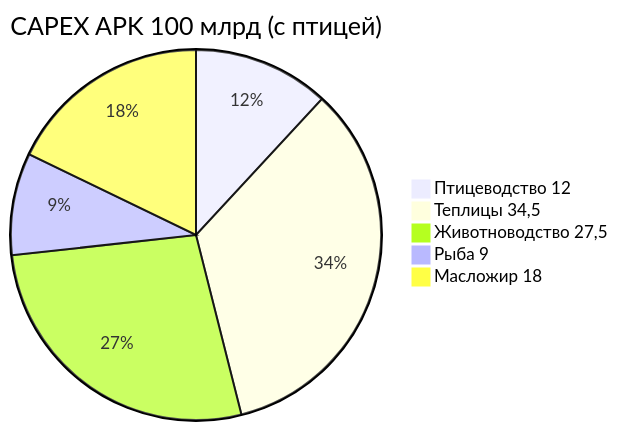
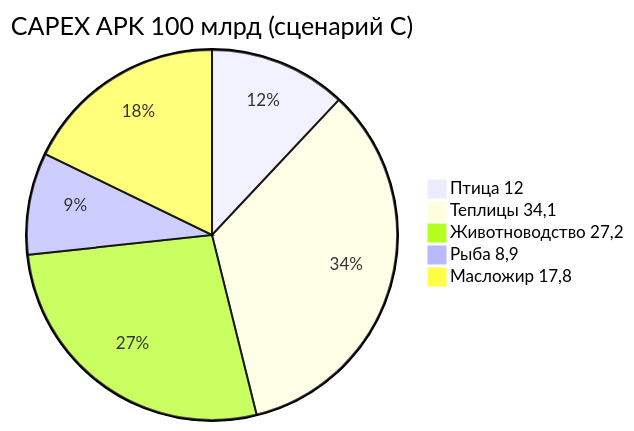
Before and after one commit to Demid369/Nova-agro: the diagram in docs/teo-poultry/appendix/apk-100bln-integration.md, drawn with Mermaid. The commit also changed other lines of this file and 7 other files, not shown here.

````diff
--- a/docs/teo-poultry/appendix/apk-100bln-integration.md
+++ b/docs/teo-poultry/appendix/apk-100bln-integration.md
@@ -31,8 +32,8 @@
 ```mermaid
-pie title CAPEX APK 100 млрд (с птицей)
-    "Птицеводство 12" : 12
-    "Теплицы 34,5" : 34.5
-    "Животноводство 27,5" : 27.4585
-    "Рыба 9" : 9
-    "Масложир 18" : 18
+pie title CAPEX APK 100 млрд (сценарий C)
+    "Птица 12" : 12
+    "Теплицы 34,1" : 34.1283
+    "Животноводство 27,2" : 27.1626
+    "Рыба 8,9" : 8.903
+    "Масложир 17,8" : 17.8061
 ```
````
